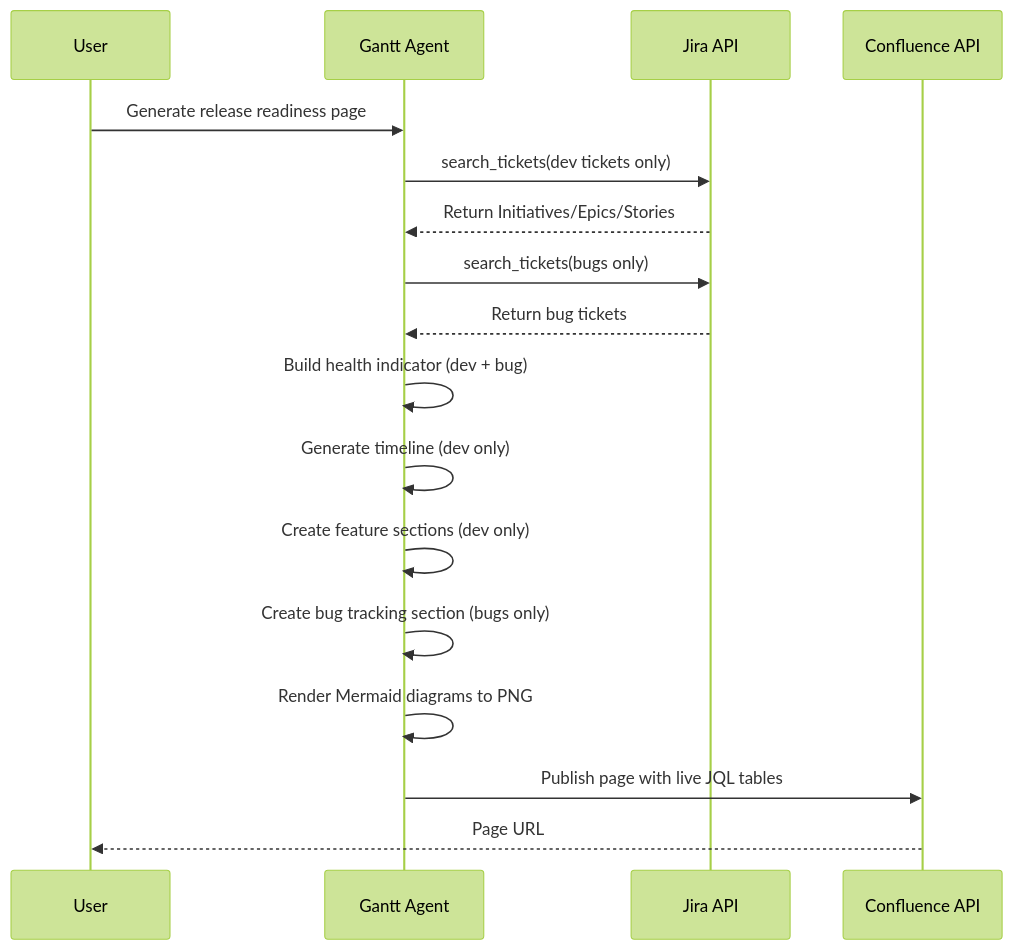
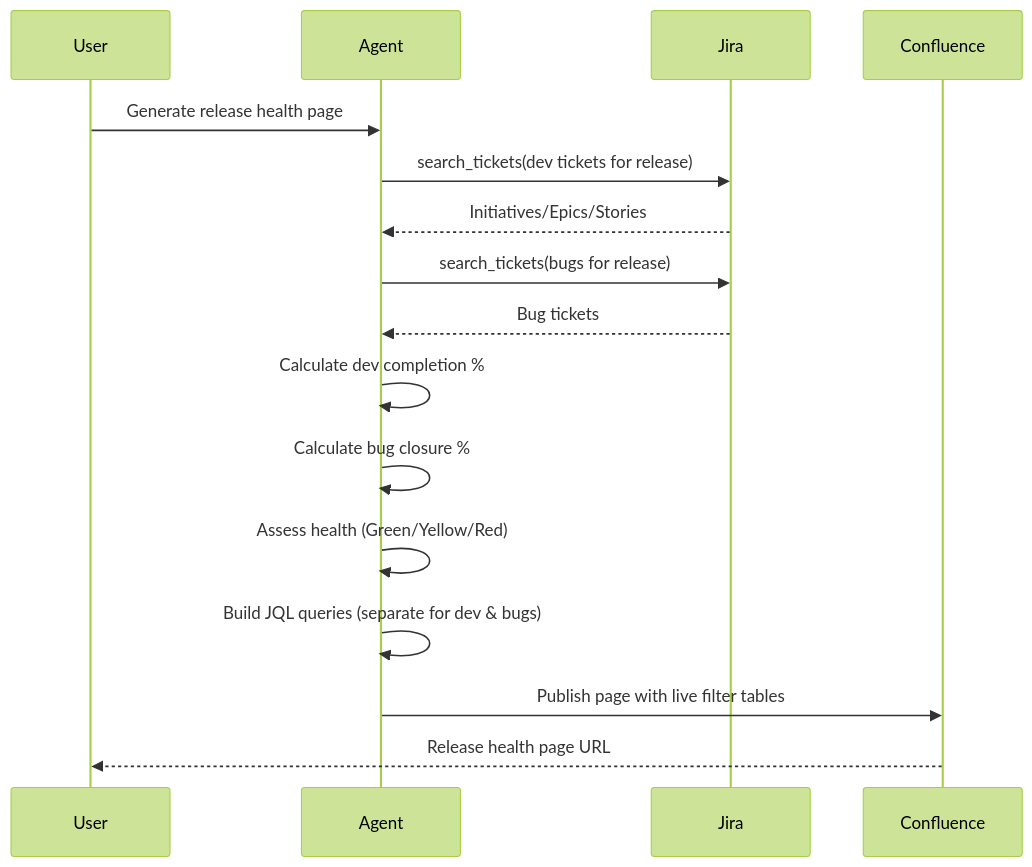
The third of 4 diagrams in docs/agents-gantt-prompts.md (jmac-cornelis/agent-workforce), drawn with Mermaid (forest theme) before and after one commit. The commit also changed other lines of this file and 4 other files, not shown here.

````diff
--- a/docs/agents-gantt-prompts.md
+++ b/docs/agents-gantt-prompts.md
@@ -110,20 +90,19 @@
 ```mermaid
 sequenceDiagram
     participant User
-    participant Gantt as Gantt Agent
-    participant Jira as Jira API
-    participant Confluence as Confluence API
+    participant Agent
+    participant Jira
+    participant Confluence
     
-    User->>Gantt: Generate release readiness page
-    Gantt->>Jira: search_tickets(dev tickets only)
-    Jira-->>Gantt: Return Initiatives/Epics/Stories
-    Gantt->>Jira: search_tickets(bugs only)
-    Jira-->>Gantt: Return bug tickets
-    Gantt->>Gantt: Build health indicator (dev + bug)
-    Gantt->>Gantt: Generate timeline (dev only)
-    Gantt->>Gantt: Create feature sections (dev only)
-    Gantt->>Gantt: Create bug tracking section (bugs only)
-    Gantt->>Gantt: Render Mermaid diagrams to PNG
-    Gantt->>Confluence: Publish page with live JQL tables
-    Confluence-->>User: Page URL
+    User->>Agent: Generate release health page
+    Agent->>Jira: search_tickets(dev tickets for release)
+    Jira-->>Agent: Initiatives/Epics/Stories
+    Agent->>Jira: search_tickets(bugs for release)
+    Jira-->>Agent: Bug tickets
+    Agent->>Agent: Calculate dev completion %
+    Agent->>Agent: Calculate bug closure %
+    Agent->>Agent: Assess health (Green/Yellow/Red)
+    Agent->>Agent: Build JQL queries (separate for dev & bugs)
+    Agent->>Confluence: Publish page with live filter tables
+    Confluence-->>User: Release health page URL
 ```
````
